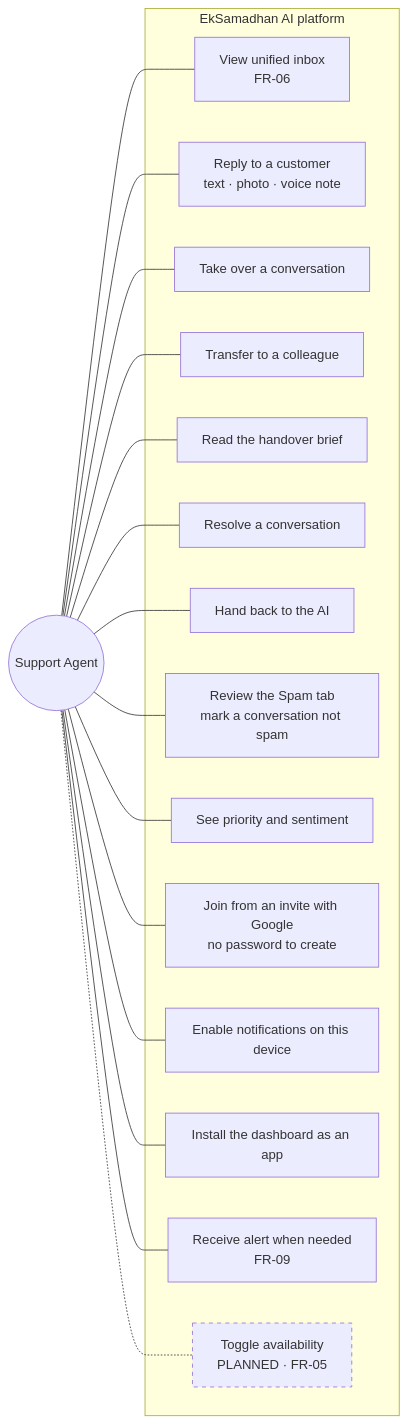
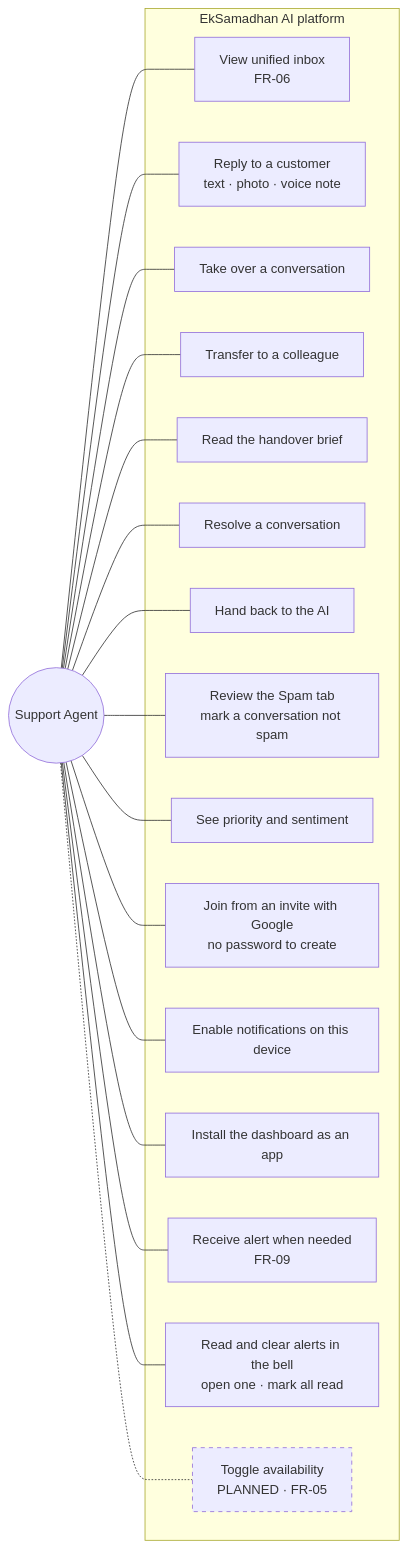
The second of 5 diagrams in docs/system-design/new-system-design/use-case/README.md (SayubShakya/eksamadhan-ai), drawn with Mermaid before and after one commit. The commit also changed other lines of this file and 17 other files, not shown here.

````diff
--- a/docs/system-design/new-system-design/use-case/README.md
+++ b/docs/system-design/new-system-design/use-case/README.md
@@ -47,35 +47,37 @@
 ```mermaid
 flowchart LR
     agent(("Support Agent"))
     subgraph s2["EkSamadhan AI platform"]
         b1["View unified inbox<br/>FR-06"]
         b2["Reply to a customer<br/>text · photo · voice note"]
         b3["Take over a conversation"]
         b4["Transfer to a colleague"]
         b5["Read the handover brief"]
         b6["Resolve a conversation"]
         b10["Hand back to the AI"]
         b11["Review the Spam tab<br/>mark a conversation not spam"]
         b12["See priority and sentiment"]
         b13["Join from an invite with Google<br/>no password to create"]
         b7["Enable notifications on this device"]
         b14["Install the dashboard as an app"]
         b8["Receive alert when needed<br/>FR-09"]
+        b15["Read and clear alerts in the bell<br/>open one · mark all read"]
         b9["Toggle availability<br/>PLANNED · FR-05"]
     end
     agent --- b1
     agent --- b2
     agent --- b3
     agent --- b4
     agent --- b5
     agent --- b6
     agent --- b10
     agent --- b11
     agent --- b12
     agent --- b13
     agent --- b7
     agent --- b14
     agent --- b8
+    agent --- b15
     agent -.- b9
     style b9 stroke-dasharray: 5 5
 ```
````
